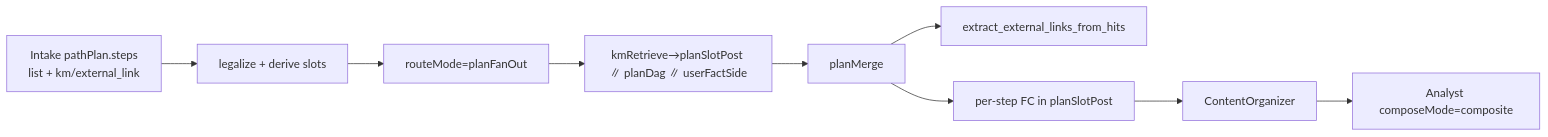
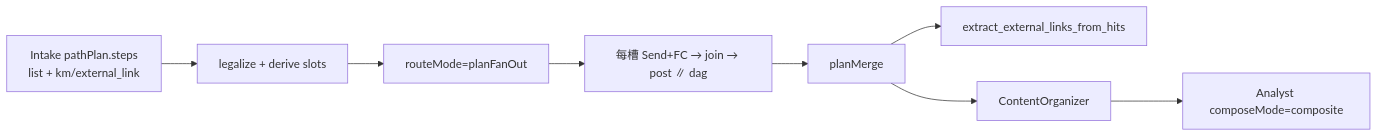
Before and after one commit to panzhanfei/agent: the third of 4 diagrams in docs/05-architecture-v2-tool-orchestration.md, drawn with Mermaid. The commit also changed other lines of this file and 25 other files, not shown here.

Commit message:
更改 架构 从km/list多槽节点里面并行，改为每槽send图形并行，主要原因 fc不通过时候重检决定改动架构设计

````diff
--- a/docs/05-architecture-v2-tool-orchestration.md
+++ b/docs/05-architecture-v2-tool-orchestration.md
@@ -288,11 +288,10 @@
 ```mermaid
 flowchart LR
   IC[Intake pathPlan.steps<br/>list + km/external_link] --> Val[legalize + derive slots]
   Val --> L[routeMode=planFanOut]
-  L --> PE[kmRetrieve→planSlotPost ∥ planDag ∥ userFactSide]
+  L --> PE[每槽 Send+FC → join → post ∥ dag]
   PE --> M[planMerge]
   M --> T[extract_external_links_from_hits]
-  M --> FC[per-step FC in planSlotPost]
-  FC --> CO[ContentOrganizer]
+  M --> CO[ContentOrganizer]
   CO --> IA[Analyst composeMode=composite]
 ```
````
